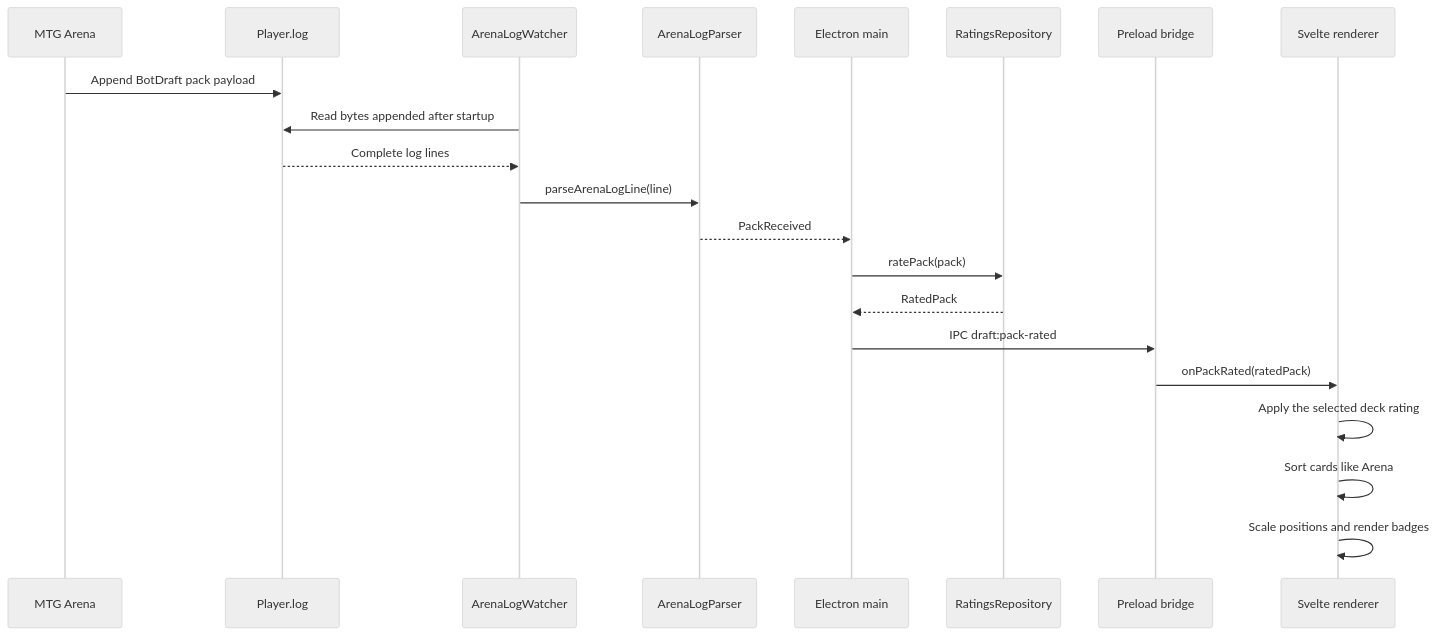
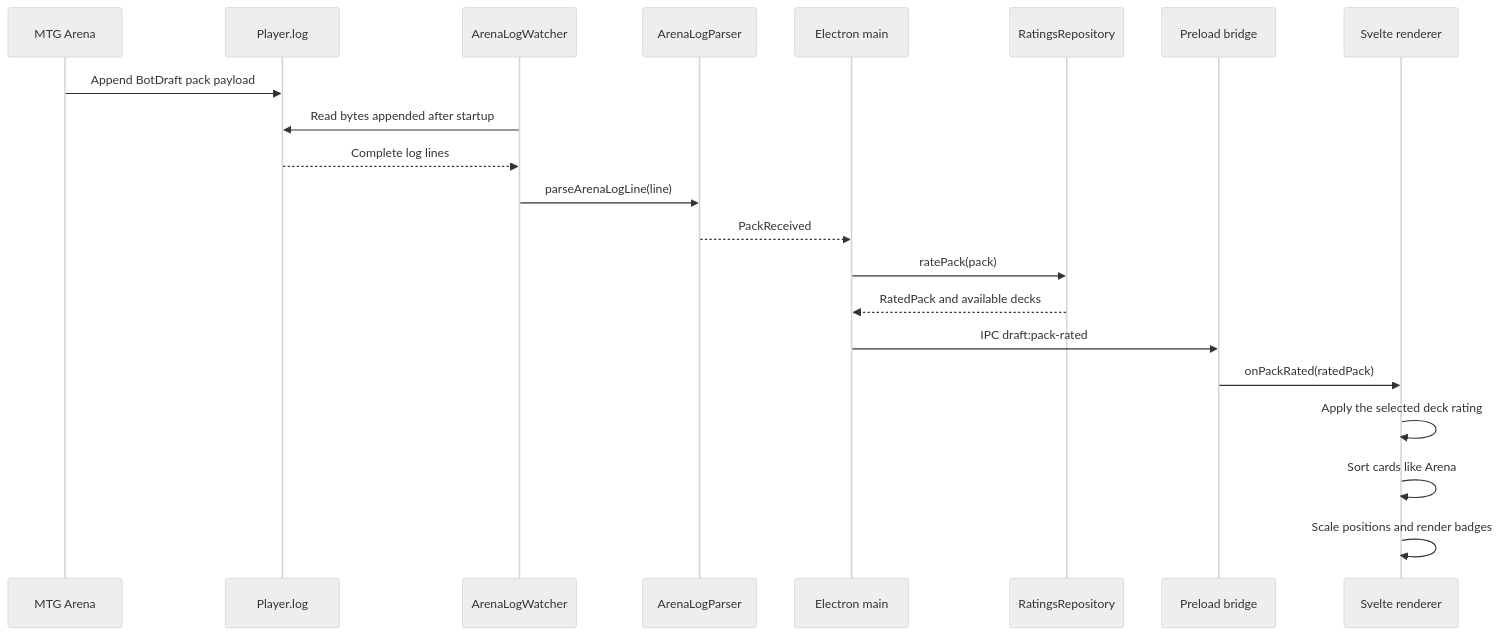
Before and after one commit to ratek-20/17-buddy: the second of 5 diagrams in docs/architecture.md, drawn with Mermaid (neutral theme). The commit also changed other lines of this file and 4 other files, not shown here.

````diff
--- a/docs/architecture.md
+++ b/docs/architecture.md
@@ -66,24 +67,24 @@
 ```mermaid
 sequenceDiagram
     participant Arena as MTG Arena
     participant Log as Player.log
     participant Watcher as ArenaLogWatcher
     participant Parser as ArenaLogParser
     participant Main as Electron main
     participant Ratings as RatingsRepository
     participant Preload as Preload bridge
     participant UI as Svelte renderer
 
     Arena->>Log: Append BotDraft pack payload
     Watcher->>Log: Read bytes appended after startup
     Log-->>Watcher: Complete log lines
     Watcher->>Parser: parseArenaLogLine(line)
     Parser-->>Main: PackReceived
     Main->>Ratings: ratePack(pack)
-    Ratings-->>Main: RatedPack
+    Ratings-->>Main: RatedPack and available decks
     Main->>Preload: IPC draft:pack-rated
     Preload->>UI: onPackRated(ratedPack)
     UI->>UI: Apply the selected deck rating
     UI->>UI: Sort cards like Arena
     UI->>UI: Scale positions and render badges
 ```
````
